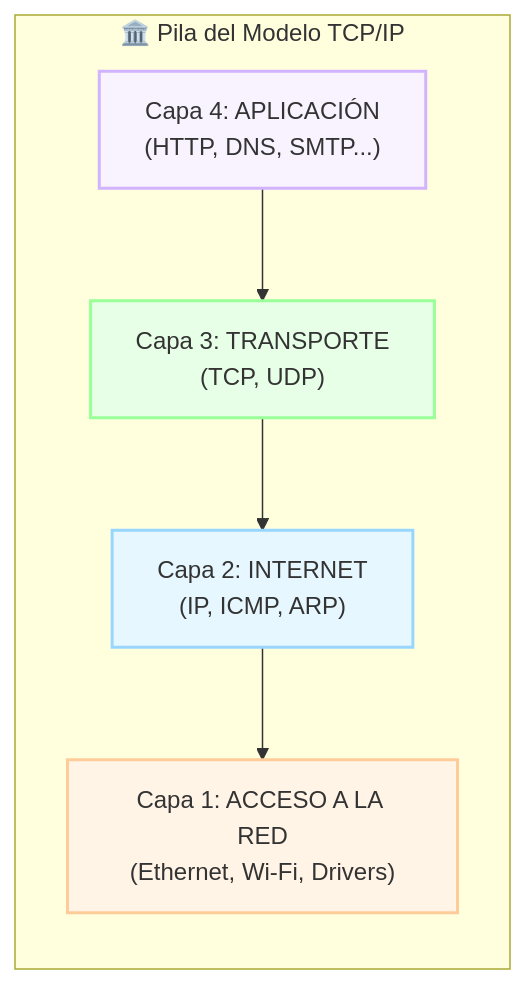
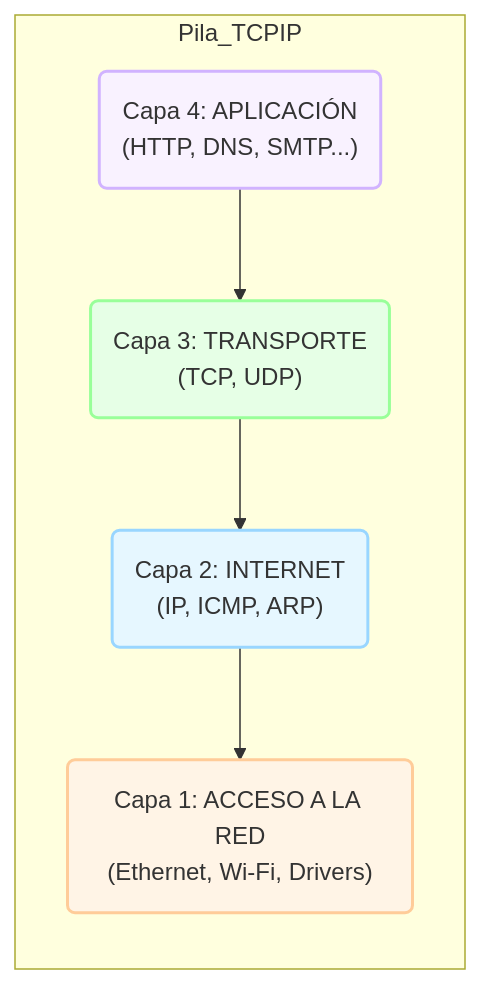
The diagram in content/index.md (rsessa/rsessa.github.io), drawn with Mermaid before and after one commit. The commit also changed 1 other file, not shown here.

Commit message:
redo tcpip diagram

````diff
--- a/content/index.md
+++ b/content/index.md
@@ -7,21 +7,19 @@
 ```mermaid
 graph TD
-    %% Estilos
     classDef app fill:#f9f2ff,stroke:#d1b3ff,stroke-width:2px,color:#333;
     classDef trans fill:#e6ffe6,stroke:#99ff99,stroke-width:2px,color:#333;
     classDef internet fill:#e6f7ff,stroke:#99d6ff,stroke-width:2px,color:#333;
     classDef access fill:#fff4e6,stroke:#ffcc99,stroke-width:2px,color:#333;
 
-    subgraph TCPIP_Stack ["🏛️ Pila del Modelo TCP/IP"]
+    subgraph Pila_TCPIP
         direction TB
-        %% Cambiamos el formato para evitar que Obsidian detecte listas "1."
-        L4["Capa 4: APLICACIÓN<br>(HTTP, DNS, SMTP...)"]:::app
-        L3["Capa 3: TRANSPORTE<br>(TCP, UDP)"]:::trans
-        L2["Capa 2: INTERNET<br>(IP, ICMP, ARP)"]:::internet
-        L1["Capa 1: ACCESO A LA RED<br>(Ethernet, Wi-Fi, Drivers)"]:::access
+        L4("Capa 4: APLICACIÓN<br>(HTTP, DNS, SMTP...)"):::app
+        L3("Capa 3: TRANSPORTE<br>(TCP, UDP)"):::trans
+        L2("Capa 2: INTERNET<br>(IP, ICMP, ARP)"):::internet
+        L1("Capa 1: ACCESO A LA RED<br>(Ethernet, Wi-Fi, Drivers)"):::access
         
         L4 --> L3
         L3 --> L2
         L2 --> L1
     end
 ```
````
